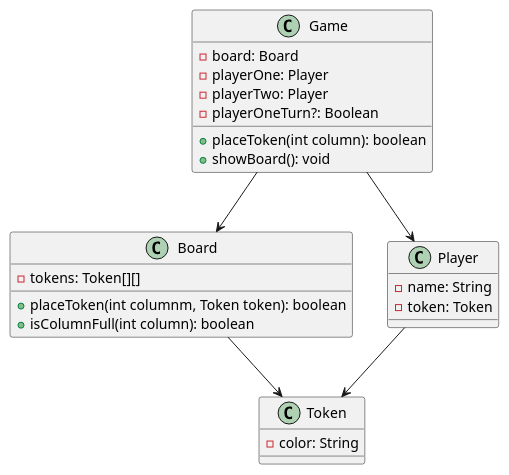
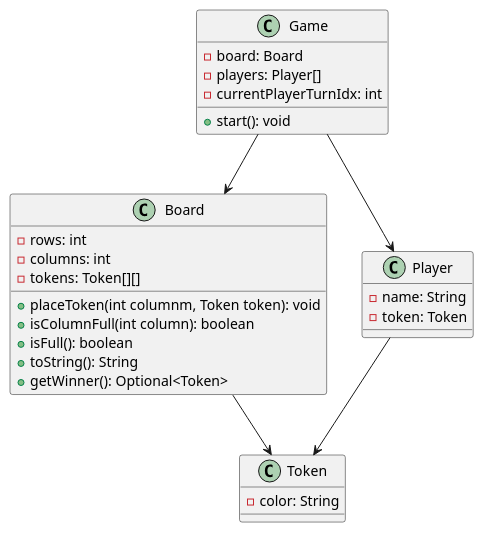
Before and after one commit to alain-chevanier/connect-four-myp-20261: the diagram in README.org, drawn with PlantUML. The commit also changed other lines of this file and 11 other files, not shown here.

```diff
--- a/README.org
+++ b/README.org
@@ -13,30 +33,33 @@
-#+BEGIN_SRC plantuml :file  uml-diagram.png :exports results :results file
+#+BEGIN_SRC plantuml :file  connect-4-uml-diagram.png :exports results :results file
 @startuml
 class Board {
+        - rows: int
+        - columns: int
         - tokens: Token[][]
-        + placeToken(int columnm, Token token): boolean
+        + placeToken(int columnm, Token token): void
         + isColumnFull(int column): boolean
+        + isFull(): boolean
+        + toString(): String
+        + getWinner(): Optional<Token>
 
 }
 class Token {
         - color: String
 }
 class Player {
         - name: String
         - token: Token
 }
 class Game {
         - board: Board
-        - playerOne: Player
-        - playerTwo: Player
-        - playerOneTurn?: Boolean
-        + placeToken(int column): boolean
-        + showBoard(): void
+        - players: Player[]
+        - currentPlayerTurnIdx: int
+        + start(): void
 }
 
 Game --> Board
 Game --> Player
 Board--> Token
 Player --> Token
 @enduml
 #+END_SRC
```
